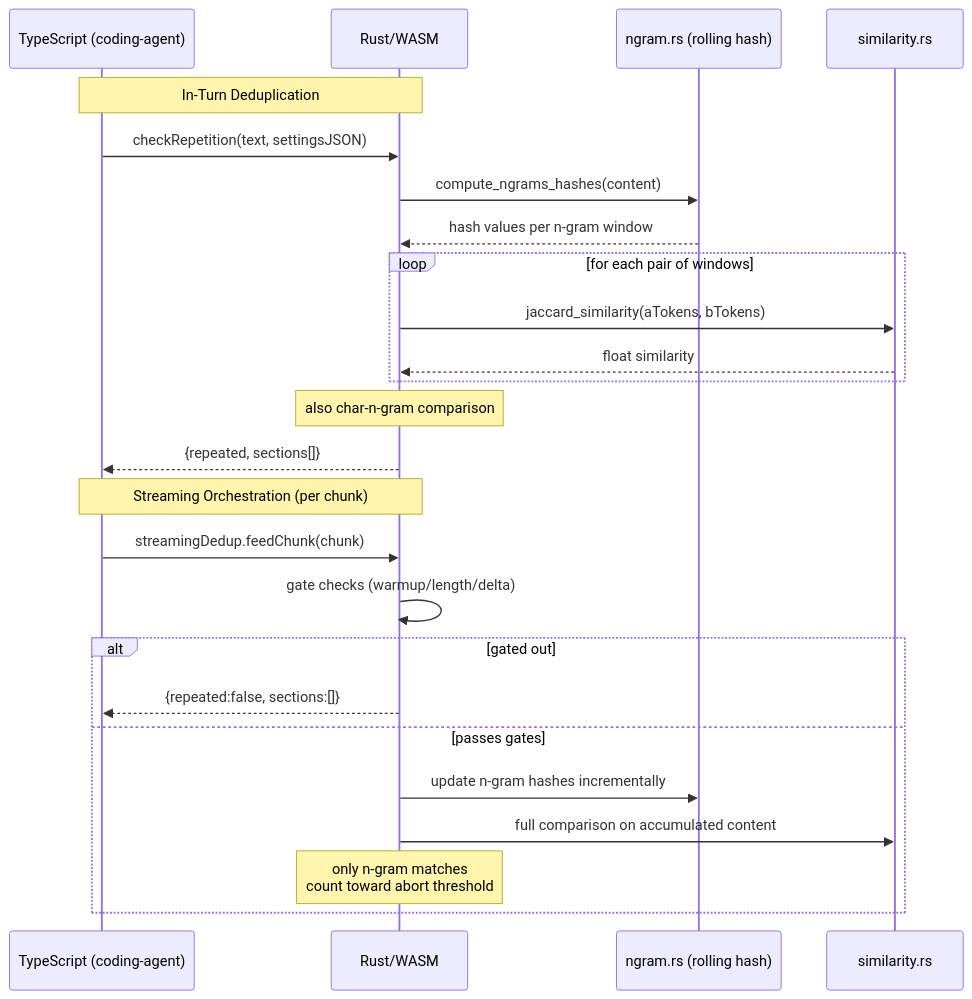
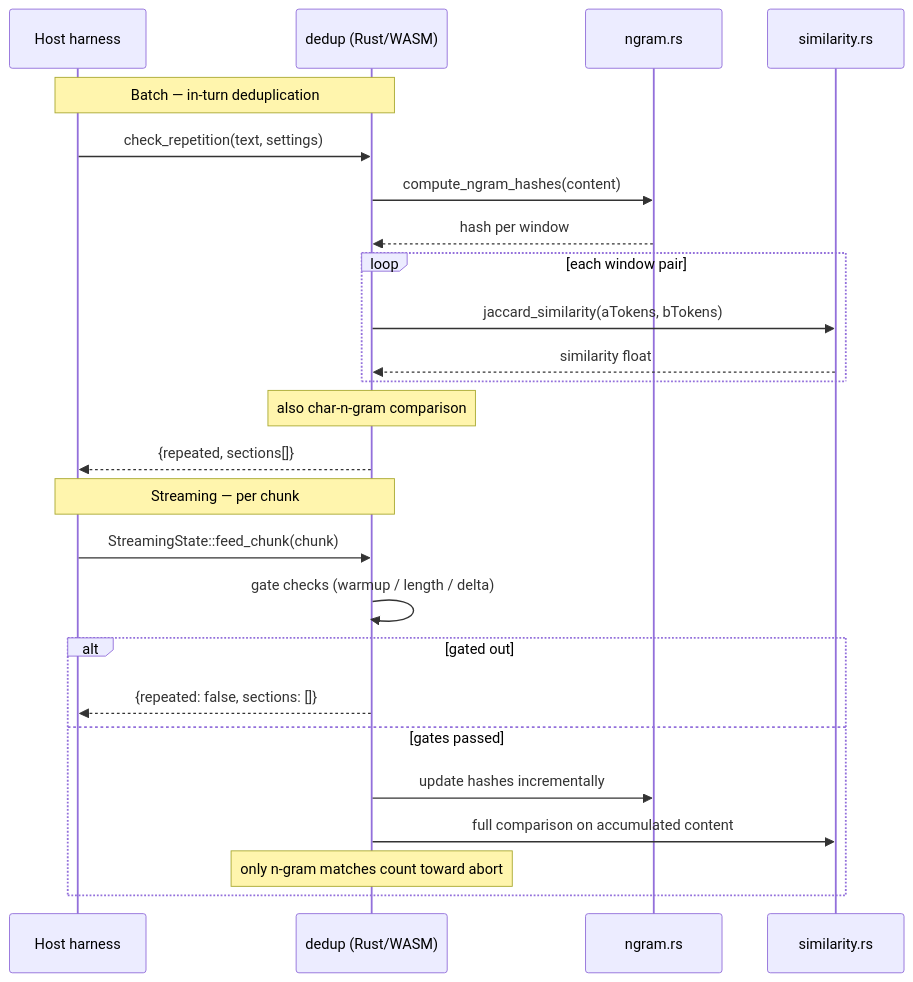
The fourth of 4 diagrams in ARCHITECTURE.md (entropy-tamer/dedup), drawn with Mermaid before and after one commit. The commit also changed other lines of this file and 2 other files, not shown here.

Commit message:
docs: rewrite README/ARCHITECTURE for current design; add INTEGRATION guide

````diff
--- a/ARCHITECTURE.md
+++ b/ARCHITECTURE.md
@@ -140,30 +146,29 @@
 ```mermaid
 sequenceDiagram
-    participant TS as TypeScript (coding-agent)
-    participant WASM as Rust/WASM
-    participant Ngram as ngram.rs (rolling hash)
+    participant Host as Host harness
+    participant Lib as dedup (Rust/WASM)
+    participant Ngram as ngram.rs
     participant Sim as similarity.rs
 
-    Note over TS,WASM: In-Turn Deduplication
-    TS->>WASM: checkRepetition(text, settingsJSON)
-    WASM->>Ngram: compute_ngrams_hashes(content)
-    Ngram-->>WASM: hash values per n-gram window
-    loop for each pair of windows
-        WASM->>Sim: jaccard_similarity(aTokens, bTokens)
-        Sim-->>WASM: float similarity
+    Note over Host,Lib: Batch — in-turn deduplication
+    Host->>Lib: check_repetition(text, settings)
+    Lib->>Ngram: compute_ngram_hashes(content)
+    Ngram-->>Lib: hash per window
+    loop each window pair
+        Lib->>Sim: jaccard_similarity(aTokens, bTokens)
+        Sim-->>Lib: similarity float
     end
-    Note over WASM: also char-n-gram comparison
-    WASM-->>TS: {repeated, sections[]}
+    Note over Lib: also char-n-gram comparison
+    Lib-->>Host: {repeated, sections[]}
 
-    Note over TS,WASM: Streaming Orchestration (per chunk)
-    TS->>WASM: streamingDedup.feedChunk(chunk)
-    WASM->>WASM: gate checks (warmup/length/delta)
+    Note over Host,Lib: Streaming — per chunk
+    Host->>Lib: StreamingState::feed_chunk(chunk)
+    Lib->>Lib: gate checks (warmup / length / delta)
     alt gated out
-        WASM-->>TS: {repeated:false, sections:[]}
-    else passes gates
-        WASM->>Ngram: update n-gram hashes incrementally
-        WASM->>Sim: full comparison on accumulated content
-        Note over WASM: only n-gram matches<br/>count toward abort threshold
+        Lib-->>Host: {repeated: false, sections: []}
+    else gates passed
+        Lib->>Ngram: update hashes incrementally
+        Lib->>Sim: full comparison on accumulated content
+        Note over Lib: only n-gram matches count toward abort
     end
-
 ```
````
